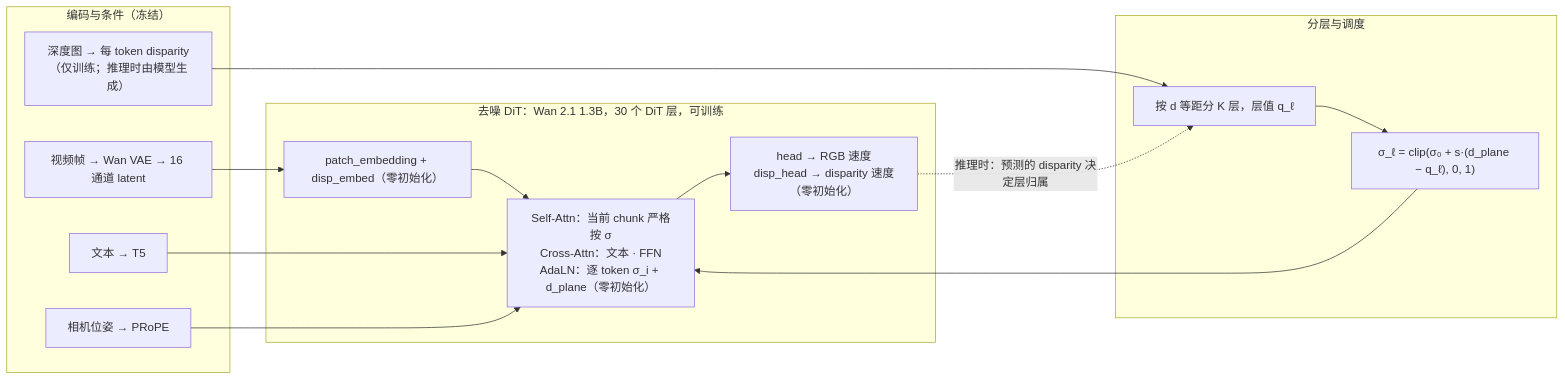
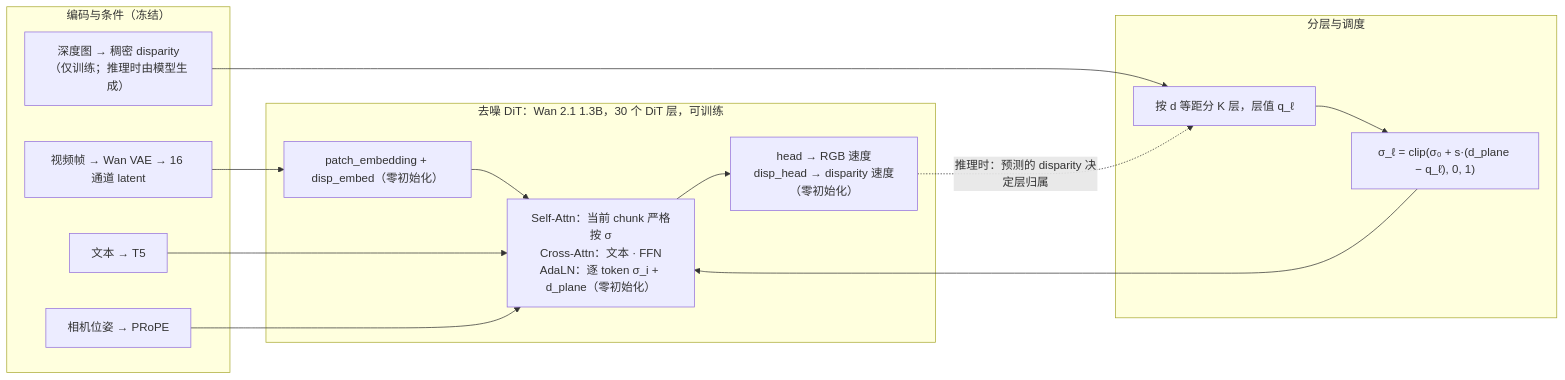
The second of 3 diagrams in docs/WaveFront_Proposal.md (legallchaperone/WaveFront), drawn with Mermaid before and after one commit. The commit also changed other lines of this file and 2 other files, not shown here.

First line of the commit message:
docs(proposal): dense disparity, linear d with γ for layering only, the a rule

````diff
--- a/docs/WaveFront_Proposal.md
+++ b/docs/WaveFront_Proposal.md
@@ -228,25 +230,25 @@
 ```mermaid
 flowchart LR
     subgraph ENC["编码与条件（冻结）"]
         TXT["文本 → T5"]
         CAM["相机位姿 → PRoPE"]
         VID["视频帧 → Wan VAE → 16 通道 latent"]
-        DEP["深度图 → 每 token disparity<br/>（仅训练；推理时由模型生成）"]
+        DEP["深度图 → 稠密 disparity<br/>（仅训练；推理时由模型生成）"]
     end
     subgraph SCH["分层与调度"]
         LAY["按 d 等距分 K 层，层值 q_ℓ"]
         SIG["σ_ℓ = clip(σ₀ + s·(d_plane − q_ℓ), 0, 1)"]
     end
     subgraph DIT["去噪 DiT：Wan 2.1 1.3B，30 个 DiT 层，可训练"]
         IN["patch_embedding + disp_embed（零初始化）"]
         BLK["Self-Attn：当前 chunk 严格按 σ<br/>Cross-Attn：文本 · FFN<br/>AdaLN：逐 token σ_i + d_plane（零初始化）"]
         OUT["head → RGB 速度<br/>disp_head → disparity 速度（零初始化）"]
         IN --> BLK --> OUT
     end
     VID --> IN
     DEP --> LAY
     LAY --> SIG --> BLK
     TXT --> BLK
     CAM --> BLK
     OUT -. 推理时：预测的 disparity 决定层归属 .-> LAY
 ```
````
